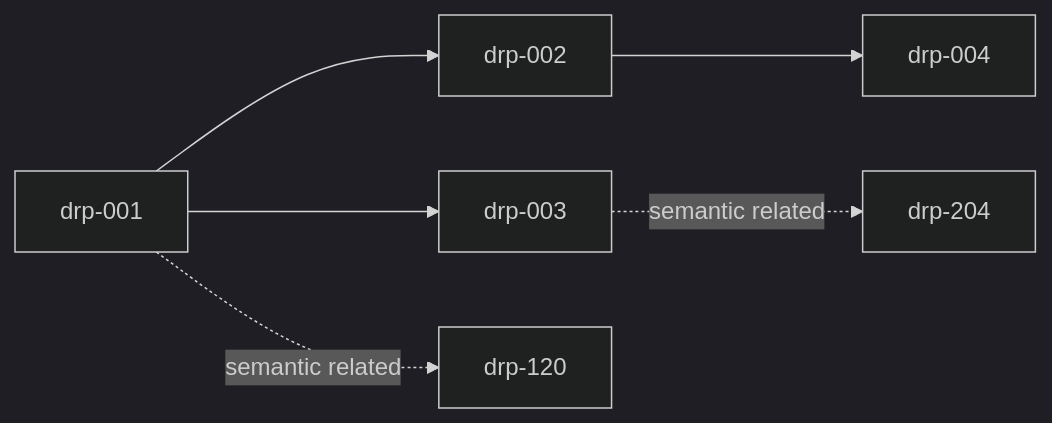
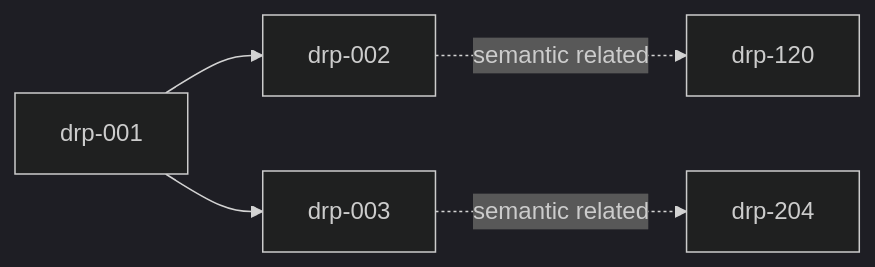
Before and after one commit to urus966/self-creation-protocol: the second of 2 diagrams in docs/protocols/Decision_Record_Protocol.md, drawn with Mermaid (dark theme). The commit also changed other lines of this file, not shown here.

Commit message:
Refactor DRP spec to production-grade formal structure

````diff
--- a/docs/protocols/Decision_Record_Protocol.md
+++ b/docs/protocols/Decision_Record_Protocol.md
@@ -371,8 +389,7 @@
 ```mermaid
 graph LR
   A[drp-001] --> B[drp-002]
   A --> C[drp-003]
-  B --> D[drp-004]
-  A -. semantic related .-> X[drp-120]
+  B -. semantic related .-> X[drp-120]
   C -. semantic related .-> Y[drp-204]
 ```
````
